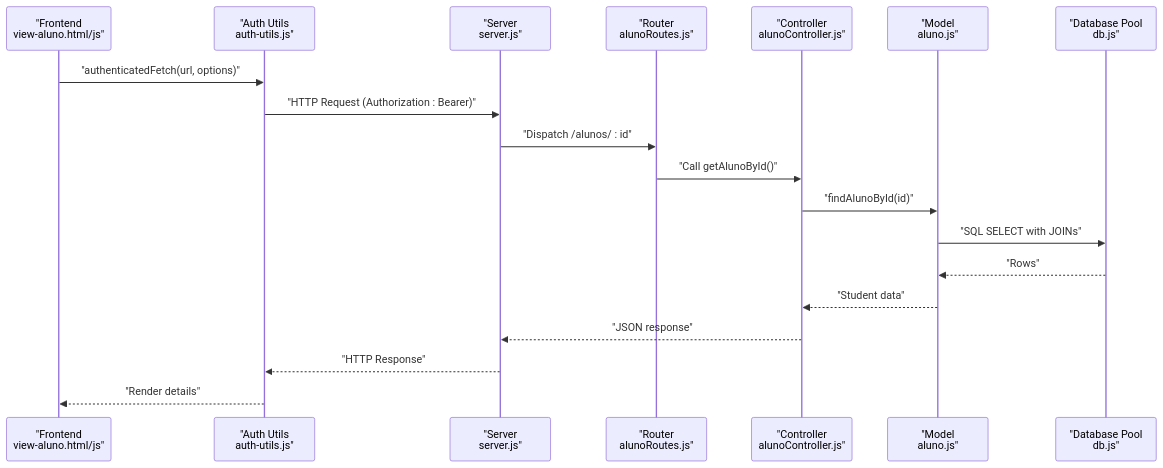
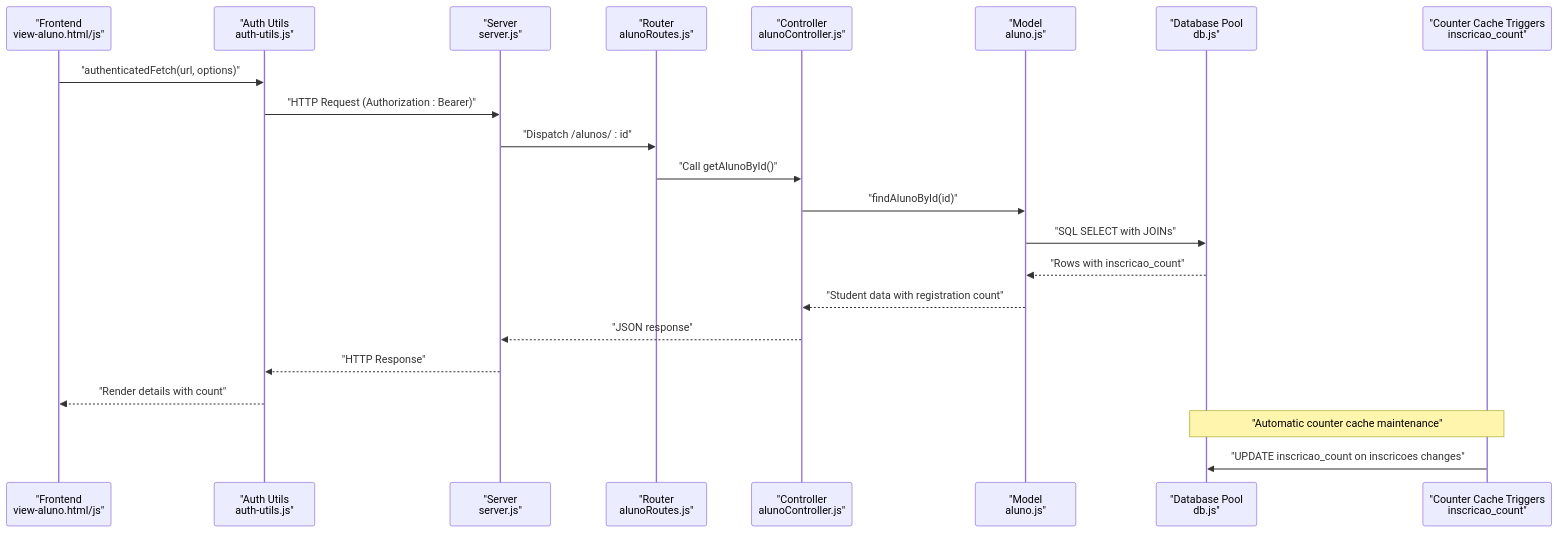
Before and after one commit to luiseduacosta/nodemural: the second of 8 diagrams in .qoder/repowiki/en/content/Core Features Implementation/Student Management System.md, drawn with Mermaid. The commit also changed other lines of this file and 16 other files, not shown here.

````diff
--- a/.qoder/repowiki/en/content/Core Features Implementation/Student Management System.md
+++ b/.qoder/repowiki/en/content/Core Features Implementation/Student Management System.md
@@ -125,21 +148,24 @@
 ```mermaid
 sequenceDiagram
 participant FE as "Frontend<br/>view-aluno.html/js"
 participant AuthFE as "Auth Utils<br/>auth-utils.js"
 participant BE as "Server<br/>server.js"
 participant Routes as "Router<br/>alunoRoutes.js"
 participant Ctrl as "Controller<br/>alunoController.js"
 participant Model as "Model<br/>aluno.js"
 participant DB as "Database Pool<br/>db.js"
+participant Trigger as "Counter Cache Triggers<br/>inscricao_count"
 FE->>AuthFE : "authenticatedFetch(url, options)"
 AuthFE->>BE : "HTTP Request (Authorization : Bearer)"
 BE->>Routes : "Dispatch /alunos/ : id"
 Routes->>Ctrl : "Call getAlunoById()"
 Ctrl->>Model : "findAlunoById(id)"
 Model->>DB : "SQL SELECT with JOINs"
-DB-->>Model : "Rows"
-Model-->>Ctrl : "Student data"
+DB-->>Model : "Rows with inscricao_count"
+Model-->>Ctrl : "Student data with registration count"
 Ctrl-->>BE : "JSON response"
 BE-->>AuthFE : "HTTP Response"
-AuthFE-->>FE : "Render details"
+AuthFE-->>FE : "Render details with count"
+Note over Trigger,DB : "Automatic counter cache maintenance"
+Trigger->>DB : "UPDATE inscricao_count on inscricoes changes"
 ```
````
